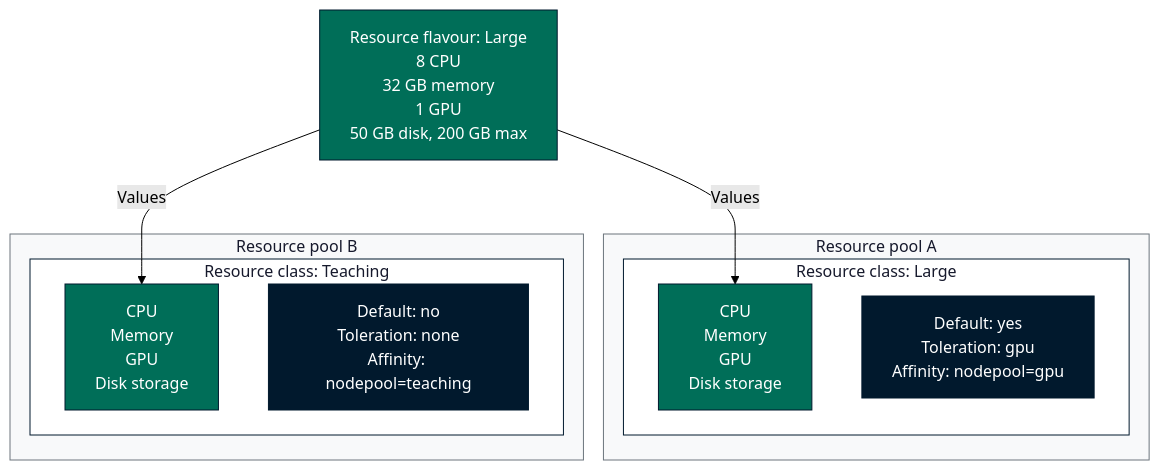
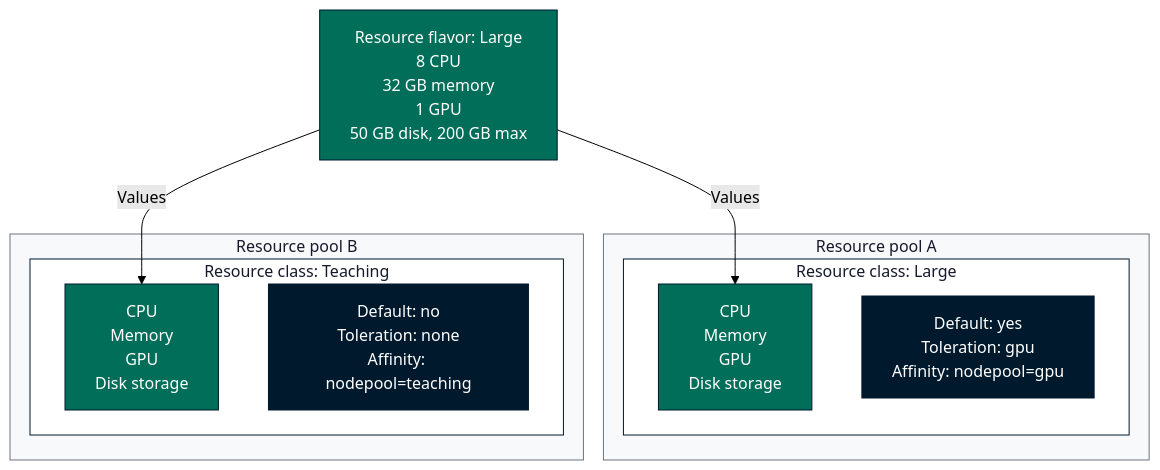
Before and after one commit to SwissDataScienceCenter/renku: the second of 2 diagrams in docs/docs/20-admins/30-operation/70-rps.md, drawn with Mermaid (forest theme). The commit also changed other lines of this file, not shown here.

Commit message:
docs: rename resource flavours to resource flavors

````diff
--- a/docs/docs/20-admins/30-operation/70-rps.md
+++ b/docs/docs/20-admins/30-operation/70-rps.md
@@ -105,31 +105,31 @@
 ```mermaid
 graph TB
-    Flavour["Resource flavour: Large<br/>8 CPU<br/>32 GB memory<br/>1 GPU<br/>50 GB disk, 200 GB max"]
+    Flavor["Resource flavor: Large<br/>8 CPU<br/>32 GB memory<br/>1 GPU<br/>50 GB disk, 200 GB max"]
 
     subgraph PoolA["Resource pool A"]
         subgraph ClassA["Resource class: Large"]
-            FromFlavourA["CPU<br/>Memory<br/>GPU<br/>Disk storage"]
+            FromFlavorA["CPU<br/>Memory<br/>GPU<br/>Disk storage"]
             OnClassA["Default: yes<br/>Toleration: gpu<br/>Affinity: nodepool=gpu"]
         end
     end
 
     subgraph PoolB["Resource pool B"]
         subgraph ClassB["Resource class: Teaching"]
-            FromFlavourB["CPU<br/>Memory<br/>GPU<br/>Disk storage"]
+            FromFlavorB["CPU<br/>Memory<br/>GPU<br/>Disk storage"]
             OnClassB["Default: no<br/>Toleration: none<br/>Affinity: nodepool=teaching"]
         end
     end
 
-    Flavour -->|Values| FromFlavourA
-    Flavour -->|Values| FromFlavourB
+    Flavor -->|Values| FromFlavorA
+    Flavor -->|Values| FromFlavorB
 
     style PoolA fill:#f8f9fa,stroke:#6c757d,color:#16192c
     style PoolB fill:#f8f9fa,stroke:#6c757d,color:#16192c
     style ClassA fill:#ffffff,stroke:#01192d,color:#16192c
     style ClassB fill:#ffffff,stroke:#01192d,color:#16192c
-    style Flavour fill:#006e58,stroke:#01192d,color:#ffffff
-    style FromFlavourA fill:#006e58,stroke:#01192d,color:#ffffff
-    style FromFlavourB fill:#006e58,stroke:#01192d,color:#ffffff
+    style Flavor fill:#006e58,stroke:#01192d,color:#ffffff
+    style FromFlavorA fill:#006e58,stroke:#01192d,color:#ffffff
+    style FromFlavorB fill:#006e58,stroke:#01192d,color:#ffffff
     style OnClassA fill:#01192d,stroke:#01192d,color:#ffffff
     style OnClassB fill:#01192d,stroke:#01192d,color:#ffffff
 ```
````
